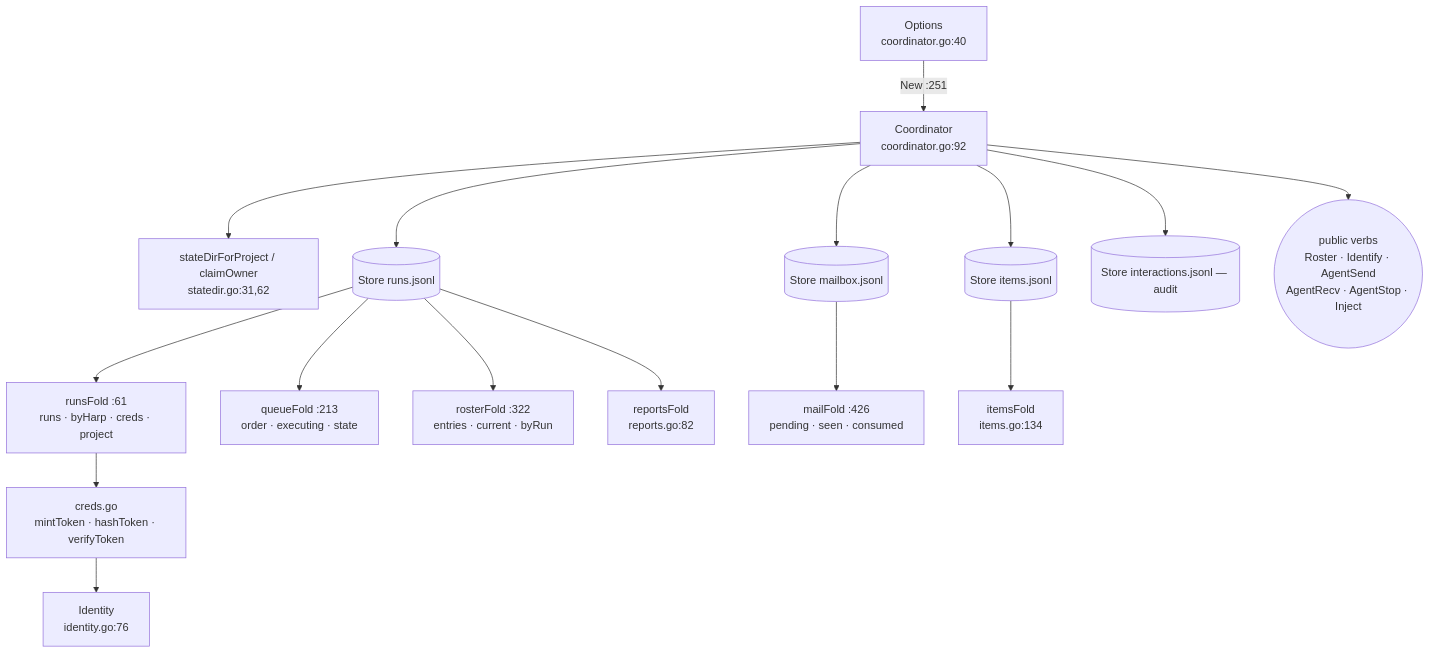
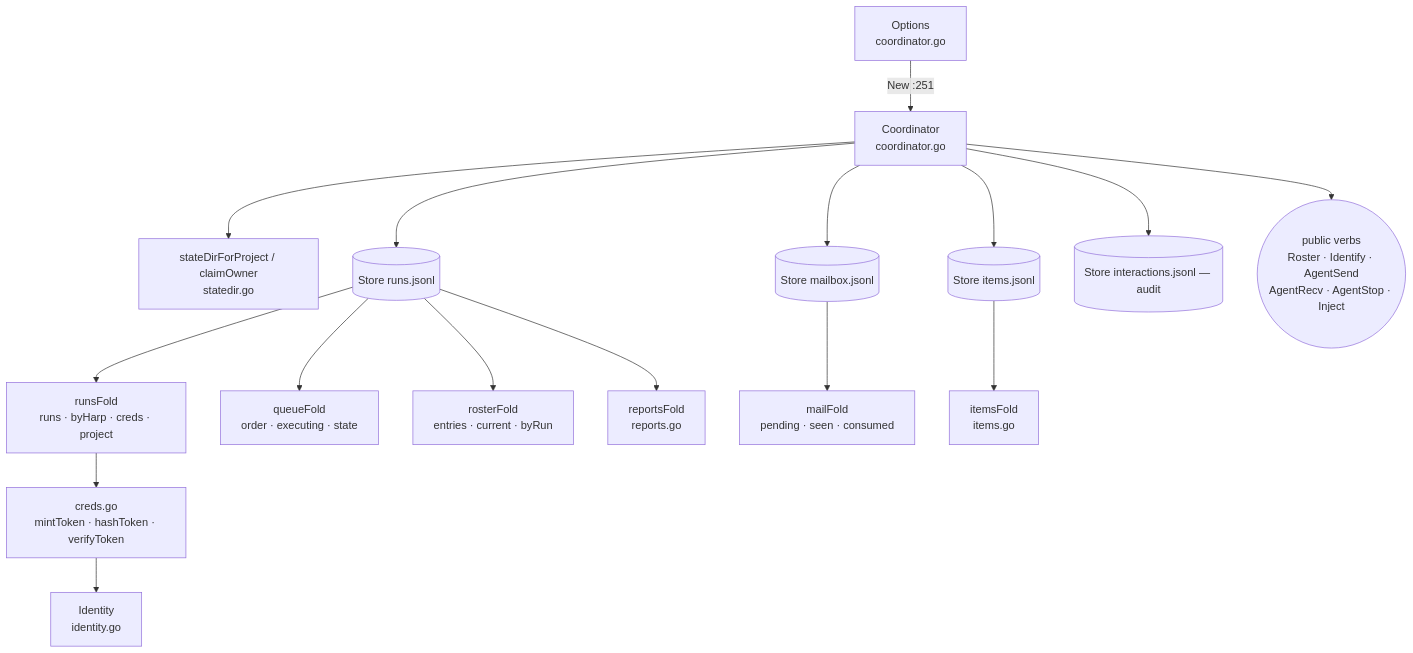
Before and after one commit to ctxloom/ctxloom: the diagram in docs/architecture/agentcoord/coordinator-core.md, drawn with Mermaid. The commit also changed other lines of this file and 9 other files, not shown here.

First line of the commit message:
docs(agentcoord): cite by symbol, not file:line; bus graph names the runner's turn report

````diff
--- a/docs/architecture/agentcoord/coordinator-core.md
+++ b/docs/architecture/agentcoord/coordinator-core.md
@@ -14,18 +14,18 @@
 ```mermaid
 flowchart TD
-  OPT["Options<br/>coordinator.go:40"] -->|New :251| C["Coordinator<br/>coordinator.go:92"]
-  C --> SD["stateDirForProject / claimOwner<br/>statedir.go:31,62"]
+  OPT["Options<br/>coordinator.go"] -->|New :251| C["Coordinator<br/>coordinator.go"]
+  C --> SD["stateDirForProject / claimOwner<br/>statedir.go"]
   C --> RS[("Store runs.jsonl")]
   C --> MS[("Store mailbox.jsonl")]
   C --> IS[("Store items.jsonl")]
   C --> AS[("Store interactions.jsonl — audit")]
-  RS --> RF["runsFold :61<br/>runs · byHarp · creds · project"]
-  RS --> QF["queueFold :213<br/>order · executing · state"]
-  RS --> RoF["rosterFold :322<br/>entries · current · byRun"]
-  RS --> RepF["reportsFold<br/>reports.go:82"]
-  MS --> MF["mailFold :426<br/>pending · seen · consumed"]
-  IS --> IF["itemsFold<br/>items.go:134"]
+  RS --> RF["runsFold<br/>runs · byHarp · creds · project"]
+  RS --> QF["queueFold<br/>order · executing · state"]
+  RS --> RoF["rosterFold<br/>entries · current · byRun"]
+  RS --> RepF["reportsFold<br/>reports.go"]
+  MS --> MF["mailFold<br/>pending · seen · consumed"]
+  IS --> IF["itemsFold<br/>items.go"]
   RF --> CR["creds.go<br/>mintToken · hashToken · verifyToken"]
-  CR --> ID["Identity<br/>identity.go:76"]
+  CR --> ID["Identity<br/>identity.go"]
   C --> API(("public verbs<br/>Roster · Identify · AgentSend<br/>AgentRecv · AgentStop · Inject"))
 ```
````
